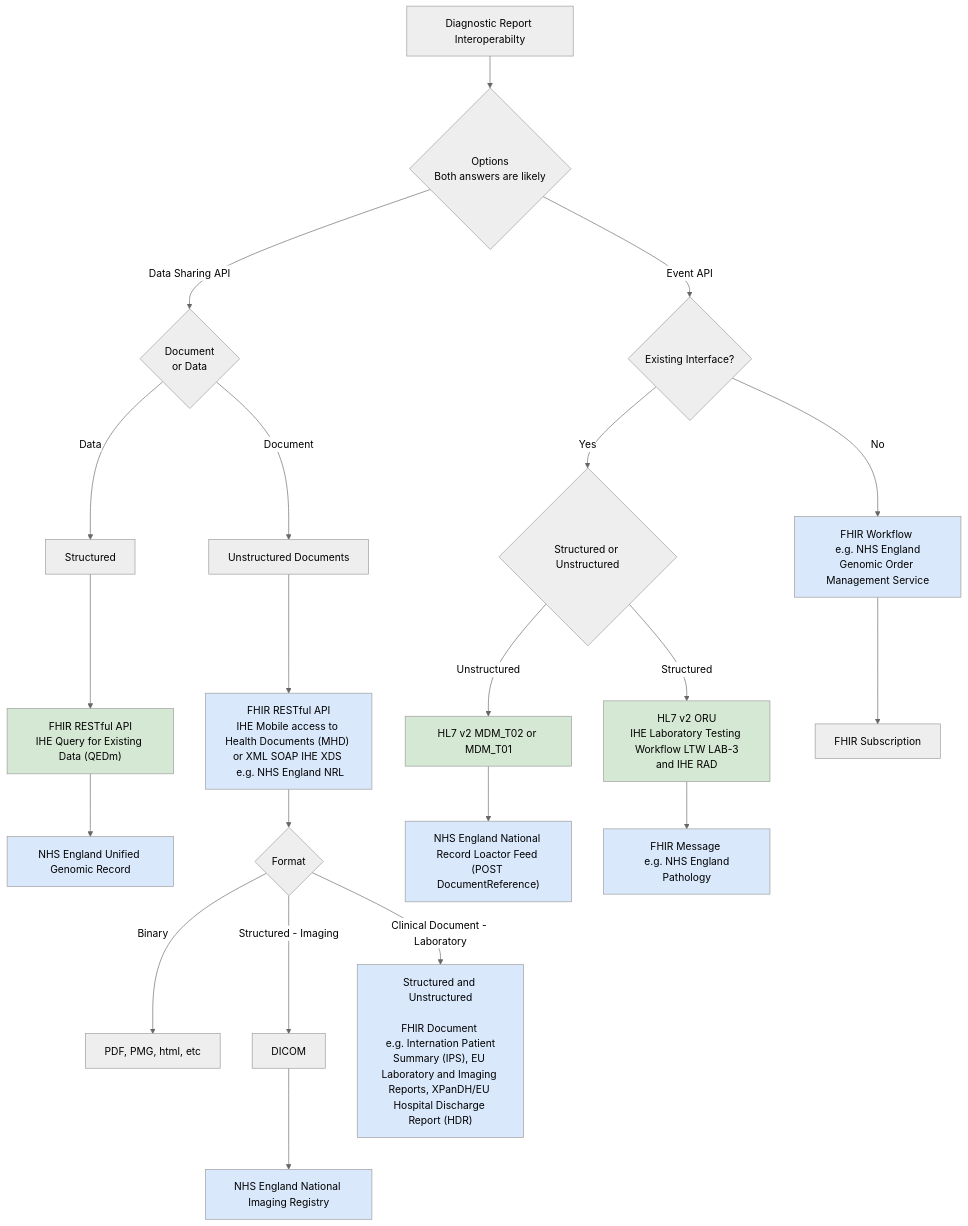
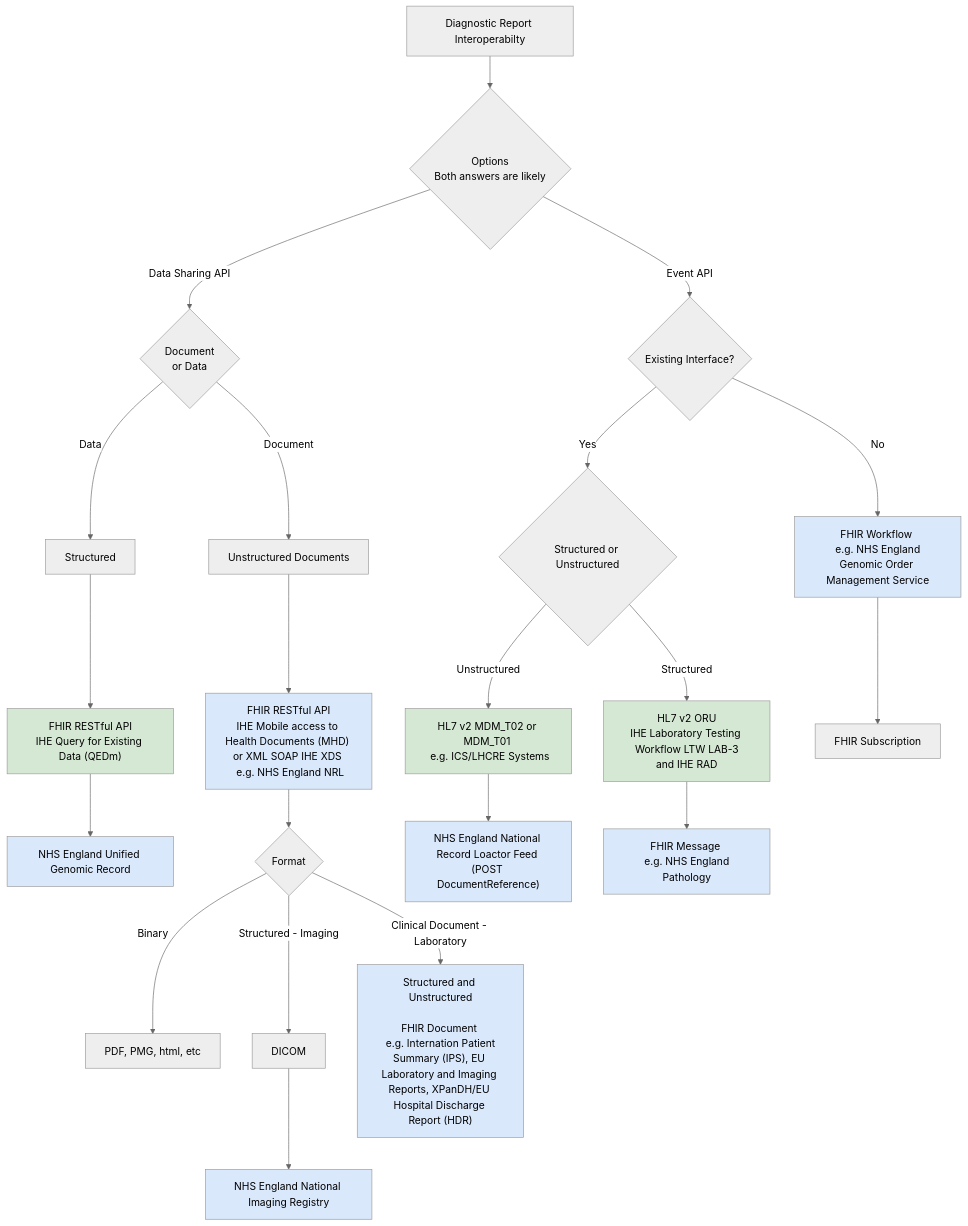
Before and after one commit to uk-gov-mirror/nw-gmsa.nw-gmsa.github.com: the diagram in input/pagecontent/architecture.md, drawn with Mermaid (neutral theme).

Commit message:
Interoperability options

````diff
--- a/input/pagecontent/architecture.md
+++ b/input/pagecontent/architecture.md
@@ -26,29 +26,30 @@
 ```mermaid
 graph TD
     B[Diagnostic Report Interoperabilty] --> C{"Options <br/>Both answers are likely"}
     C -->|Event API| D{Existing Interface?}
     C -->|Data Sharing API| E{Document <br/>or Data}
     E --> |Data| Data[Structured]
     E --> |Document| Documents[Unstructured Documents]
     Data --> REST["FHIR RESTful API<br/>IHE Query for Existing Data (QEDm)"]
     REST --> UGR[NHS England Unified Genomic Record]
     Documents --> XDS["FHIR RESTful API<br/>IHE Mobile access to Health Documents (MHD) <br/>or XML SOAP IHE XDS <br/> e.g. NHS England NRL"]
     XDS --> Format{Format}
     Format --> |Binary| Binary[PDF, PMG, html, etc]
     Format --> |Structured - Imaging| RAD[DICOM]
     Format --> |Clinical Document - Laboratory| FHIRDocument["Structured and Unstructured<br/><br/>FHIR Document <br/> e.g. Internation Patient Summary (IPS), EU Laboratory and Imaging Reports, XPanDH/EU Hospital Discharge Report (HDR)"]  
     D --> |Yes| V2{Structured or Unstructured} 
     V2 --> |Structured| LTW[HL7 v2 ORU<br/>IHE Laboratory Testing Workflow LTW LAB-3<br/>and IHE RAD]
-    V2 --> |Unstructured| MDM[HL7 v2 MDM_T02 or MDM_T01]
-    MDM --> NRL["NHS England National Record Loactor Feed (POST DocumentReference)"]
+    V2 --> |Unstructured| MDM[HL7 v2 MDM_T02 or MDM_T01 <br/> e.g. ICS/LHCRE Systems]
+    MDM --> NRL["NHS England National Record Loactor Feed (POST DocumentReference)<br/>"]
     D --> |No| Workflow[FHIR Workflow <br/> e.g. NHS England Genomic Order Management Service]
     Workflow --> PubSub[FHIR Subscription]
     LTW --> Pathology[FHIR Message <br/> e.g. NHS England Pathology]
     RAD --> NIR[NHS England National Imaging Registry]
 
     classDef blue fill:#DAE8FC;
     classDef green fill:#D5E8D4;
 
     class Pathology,UGR,NIR,FHIRDocument,XDS,NRL,Workflow blue
     class LTW,REST,MDM green
+
 ```
````
